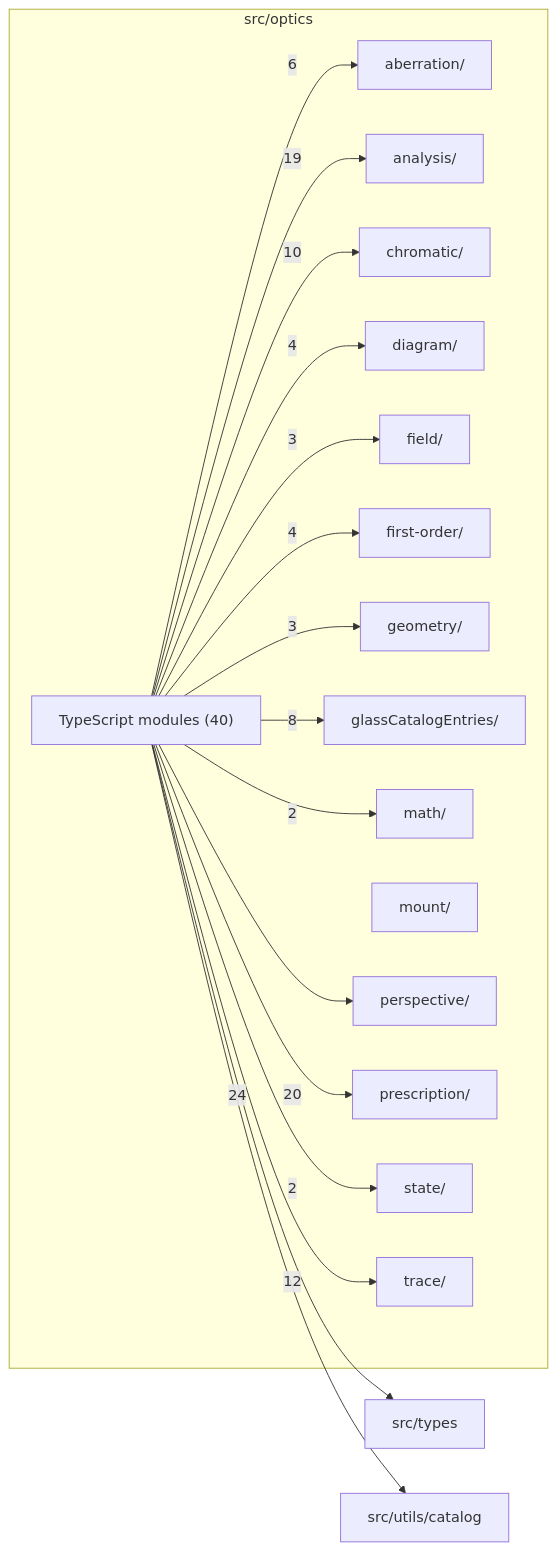
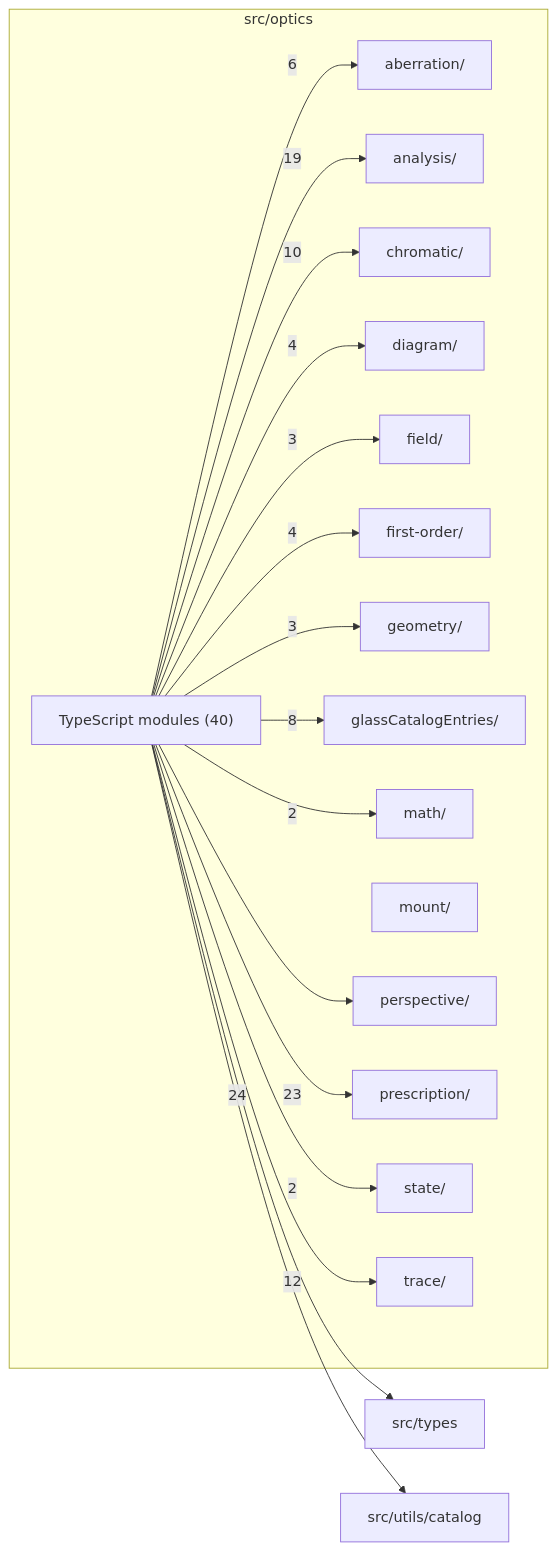
The diagram in src/optics/readme.md (BeamFour/LensVisualizer), drawn with Mermaid before and after one commit. The commit also changed other lines of this file and 33 other files, not shown here.

````diff
--- a/src/optics/readme.md
+++ b/src/optics/readme.md
@@ -9,37 +9,37 @@
 ```mermaid
 flowchart LR
   subgraph n_src_optics["src/optics"]
     n_src_optics_src_optics_aberration["aberration/"]
     n_src_optics_src_optics_analysis["analysis/"]
     n_src_optics_src_optics_chromatic["chromatic/"]
     n_src_optics_src_optics_diagram["diagram/"]
     n_src_optics_src_optics_field["field/"]
     n_src_optics_src_optics_first_order["first-order/"]
     n_src_optics_src_optics_geometry["geometry/"]
     n_src_optics_src_optics_glassCatalogEntries["glassCatalogEntries/"]
     n_src_optics_src_optics_math["math/"]
     n_src_optics_src_optics_mount["mount/"]
     n_src_optics_src_optics_perspective["perspective/"]
     n_src_optics_src_optics_prescription["prescription/"]
     n_src_optics_src_optics_state["state/"]
     n_src_optics_src_optics_trace["trace/"]
     n_src_optics_TypeScript_modules["TypeScript modules (40)"]
   end
   n_external_src_types["src/types"]
   n_external_src_utils_catalog["src/utils/catalog"]
   n_src_optics_TypeScript_modules --> |24| n_external_src_types
-  n_src_optics_TypeScript_modules --> |20| n_src_optics_src_optics_prescription
+  n_src_optics_TypeScript_modules --> |23| n_src_optics_src_optics_prescription
   n_src_optics_TypeScript_modules --> |19| n_src_optics_src_optics_analysis
   n_src_optics_TypeScript_modules --> |12| n_src_optics_src_optics_trace
   n_src_optics_TypeScript_modules --> |10| n_src_optics_src_optics_chromatic
   n_src_optics_TypeScript_modules --> |8| n_src_optics_src_optics_glassCatalogEntries
   n_src_optics_TypeScript_modules --> |6| n_src_optics_src_optics_aberration
   n_src_optics_TypeScript_modules --> |4| n_src_optics_src_optics_diagram
   n_src_optics_TypeScript_modules --> |4| n_src_optics_src_optics_first_order
   n_src_optics_TypeScript_modules --> |3| n_src_optics_src_optics_field
   n_src_optics_TypeScript_modules --> |3| n_src_optics_src_optics_geometry
   n_src_optics_TypeScript_modules --> |2| n_src_optics_src_optics_math
   n_src_optics_TypeScript_modules --> |2| n_src_optics_src_optics_state
   n_src_optics_TypeScript_modules --> n_external_src_utils_catalog
   n_src_optics_TypeScript_modules --> n_src_optics_src_optics_perspective
 ```
````
